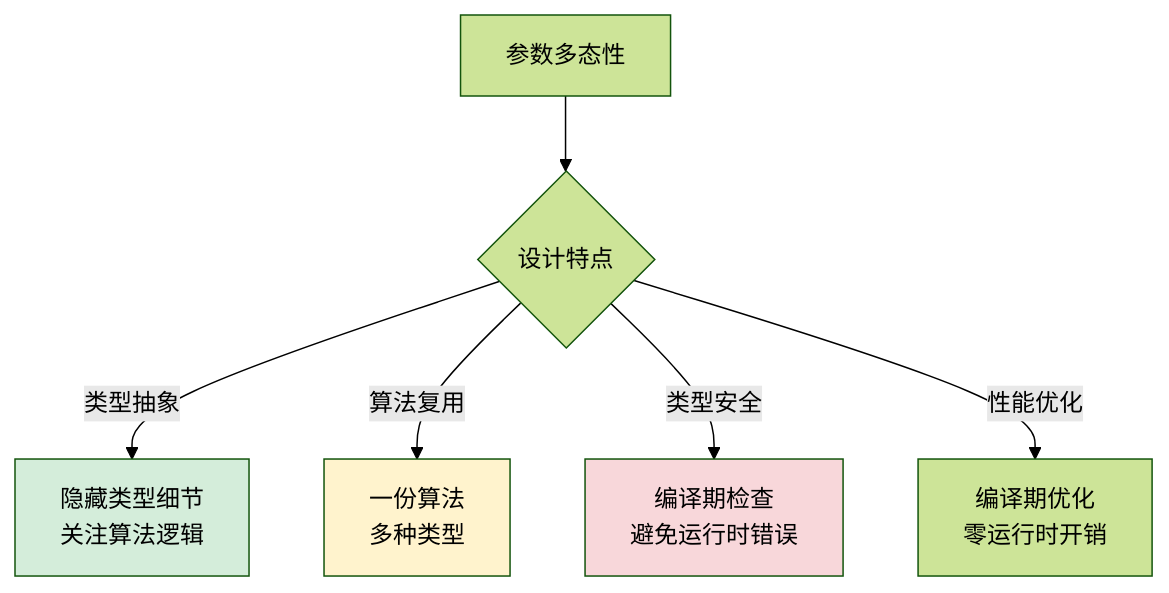
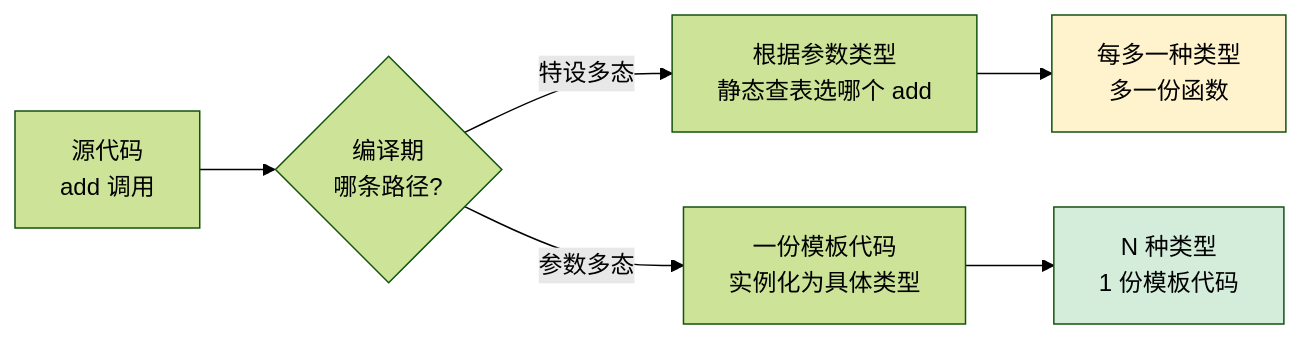
Before and after one commit to chongyang211/YCBookBlog: the sixth of 28 diagrams in 00.通用技术的提升/02.程序编程原理/04.泛型设计灵魂思想.md, drawn with Mermaid (forest theme). The commit also changed other lines of this file and 6 other files, not shown here.

````diff
--- a/00.通用技术的提升/02.程序编程原理/04.泛型设计灵魂思想.md
+++ b/00.通用技术的提升/02.程序编程原理/04.泛型设计灵魂思想.md
@@ -293,12 +414,13 @@
 ```mermaid
-graph TB
-    A[参数多态性] --> B{设计特点}
-    B -->|类型抽象| C[隐藏类型细节<br/>关注算法逻辑]
-    B -->|算法复用| D[一份算法<br/>多种类型]
-    B -->|类型安全| E[编译期检查<br/>避免运行时错误]
-    B -->|性能优化| F[编译期优化<br/>零运行时开销]
+flowchart LR
+    A[源代码<br/>add 调用 ] --> B{编译期<br/>哪条路径?}
     
-    style C fill:#d4edda
-    style D fill:#fff3cd
-    style E fill:#f8d7da
+    B -->|特设多态| C[根据参数类型<br/>静态查表选哪个 add]
+    B -->|参数多态| D[一份模板代码<br/>实例化为具体类型]
+    
+    C --> C1[每多一种类型<br/>多一份函数]
+    D --> D1[N 种类型<br/>1 份模板代码]
+
+    style C1 fill:#fff3cd
+    style D1 fill:#d4edda
 ```
````
